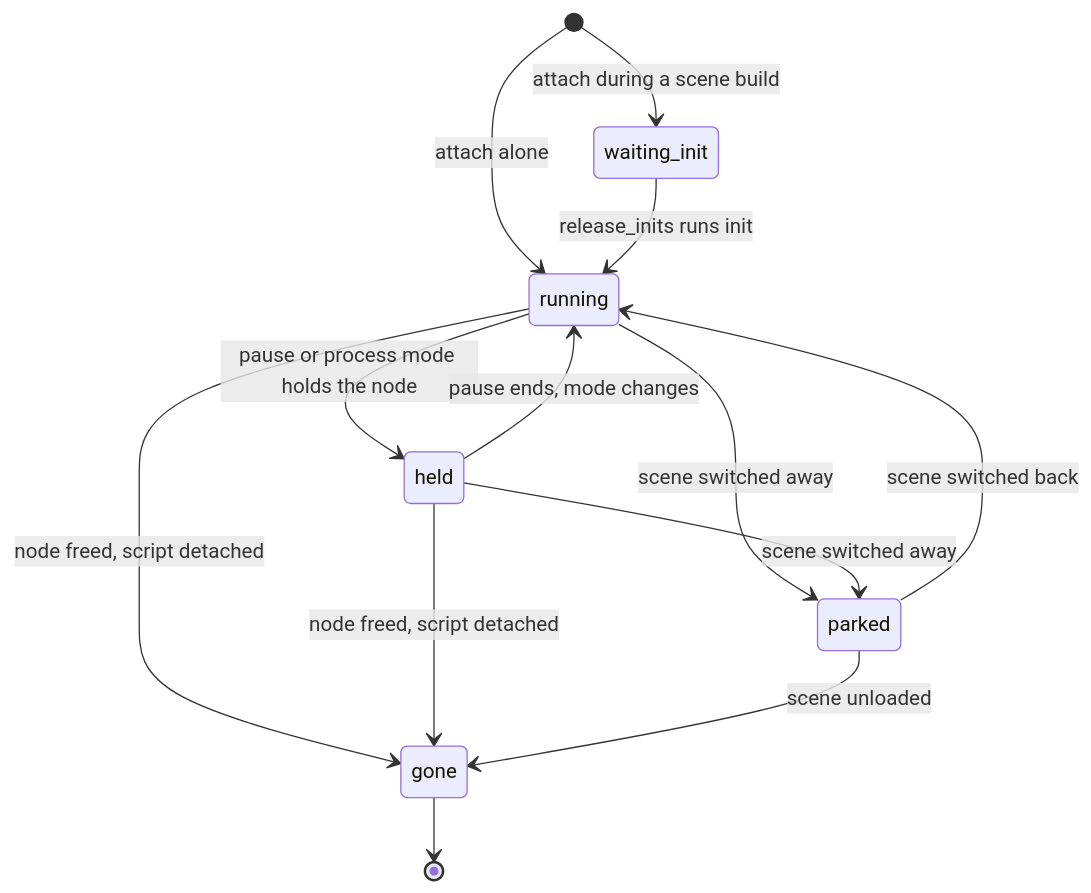
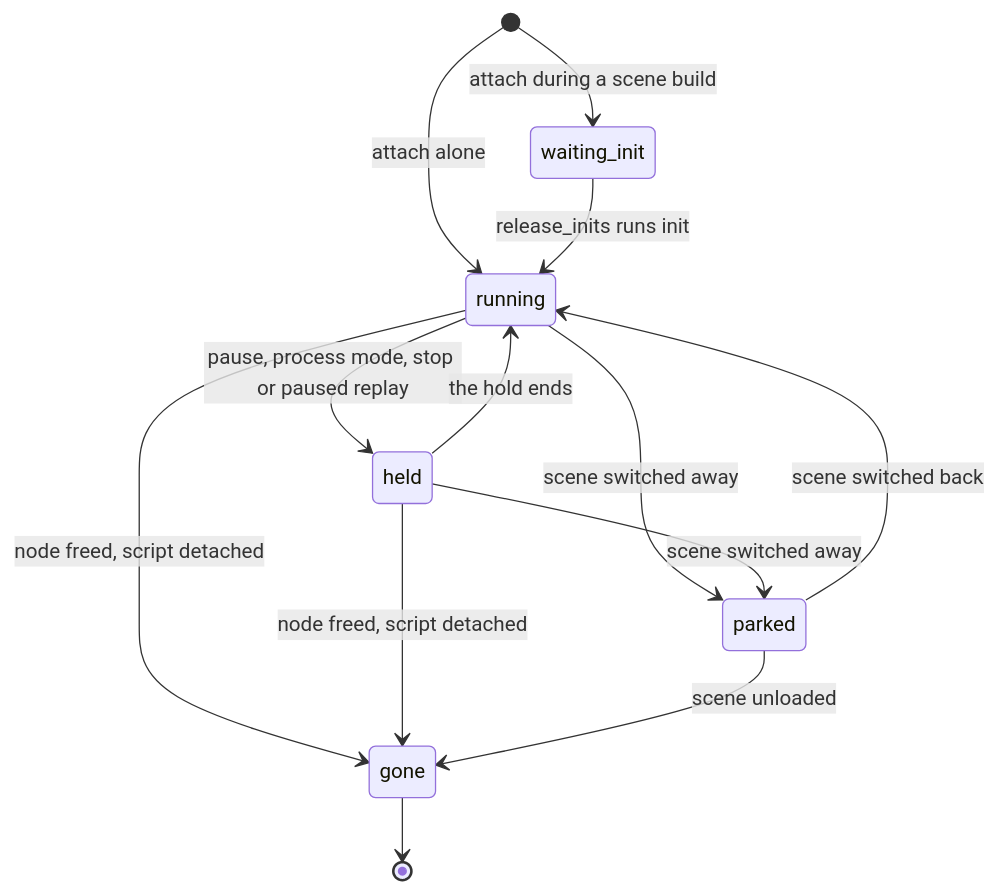
The eighth of 11 diagrams in docs/LIFECYCLE.md (balaurengine/balaur), drawn with Mermaid before and after one commit. The commit also changed other lines of this file and 9 other files, not shown here.

First line of the commit message:
Scripts hold under a paused replay, and a reload tells them

````diff
--- a/docs/LIFECYCLE.md
+++ b/docs/LIFECYCLE.md
@@ -307,15 +328,15 @@
 ```mermaid
 stateDiagram-v2
     [*] --> waiting_init: attach during a scene build
     [*] --> running: attach alone
     waiting_init --> running: release_inits runs init
-    running --> held: pause or process mode holds the node
-    held --> running: pause ends, mode changes
+    running --> held: pause, process mode, stop or paused replay
+    held --> running: the hold ends
     running --> parked: scene switched away
     held --> parked: scene switched away
     parked --> running: scene switched back
     running --> gone: node freed, script detached
     held --> gone: node freed, script detached
     parked --> gone: scene unloaded
     gone --> [*]
 ```
````
